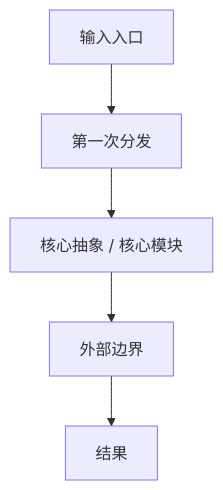
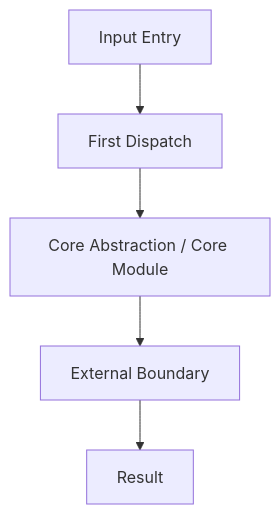
One commit to LienJack/arch-insight changed the diagram in .agents/skills/arch-insight/references/templates/ARCHITECTURE_REPORT.md. Above: the diagram before and after it, drawn with Mermaid. The commit also changed other lines of this file and 23 other files, not shown here.

````diff
--- a/.agents/skills/arch-insight/references/templates/ARCHITECTURE_REPORT.md
+++ b/.agents/skills/arch-insight/references/templates/ARCHITECTURE_REPORT.md
@@ -18,7 +18,7 @@
 ```mermaid
 flowchart TD
-    A[输入入口] --> B[第一次分发]
-    B --> C[核心抽象 / 核心模块]
-    C --> D[外部边界]
-    D --> E[结果]
+    A[Input Entry] --> B[First Dispatch]
+    B --> C[Core Abstraction / Core Module]
+    C --> D[External Boundary]
+    D --> E[Result]
 ```
````
